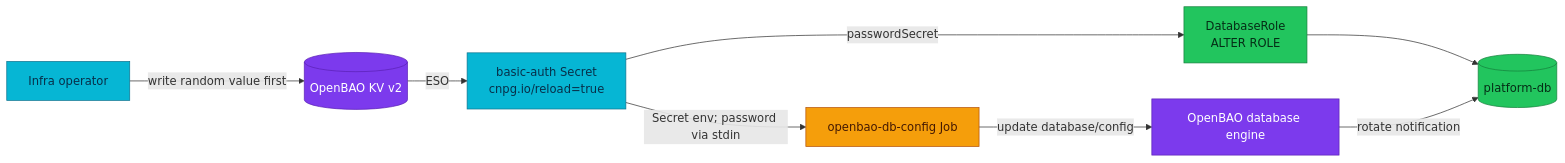
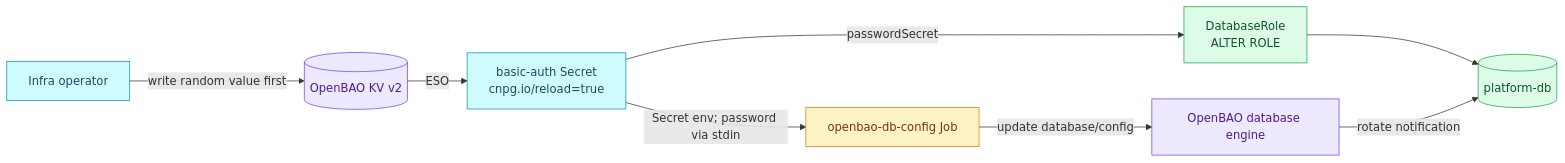
The diagram in docs/databases/runbooks/rotate-vault-rotator-credential.md (duynhlab/homelab), drawn with Mermaid before and after one commit. The commit also changed other lines of this file and 3 other files, not shown here.

````diff
--- a/docs/databases/runbooks/rotate-vault-rotator-credential.md
+++ b/docs/databases/runbooks/rotate-vault-rotator-credential.md
@@ -24,19 +24,19 @@
 ```mermaid
 flowchart LR
     Operator["Infra operator"] -->|"write random value first"| Bao[("OpenBAO KV v2")]
     Bao -->|"ESO"| Secret["basic-auth Secret<br/>cnpg.io/reload=true"]
     Secret -->|"passwordSecret"| Role["DatabaseRole<br/>ALTER ROLE"]
     Secret -->|"Secret env; password via stdin"| Job["openbao-db-config Job"]
     Job -->|"update database/config"| Engine["OpenBAO database engine"]
     Role --> PG[("platform-db")]
     Engine -->|"rotate notification"| PG
 
-    classDef service fill:#06b6d4,color:#082f49,stroke:#0e7490;
-    classDef worker fill:#f59e0b,color:#451a03,stroke:#b45309;
-    classDef platform fill:#7c3aed,color:#fff,stroke:#5b21b6;
-    classDef data fill:#22c55e,color:#052e16,stroke:#15803d;
+    classDef service fill:#cffafe,color:#164e63,stroke:#0891b2;
+    classDef worker fill:#fef3c7,color:#78350f,stroke:#d97706;
+    classDef platform fill:#ede9fe,color:#4c1d95,stroke:#7c3aed;
+    classDef data fill:#dcfce7,color:#14532d,stroke:#16a34a;
     class Operator,Secret service;
     class Job worker;
     class Bao,Engine platform;
     class Role,PG data;
 ```
````
